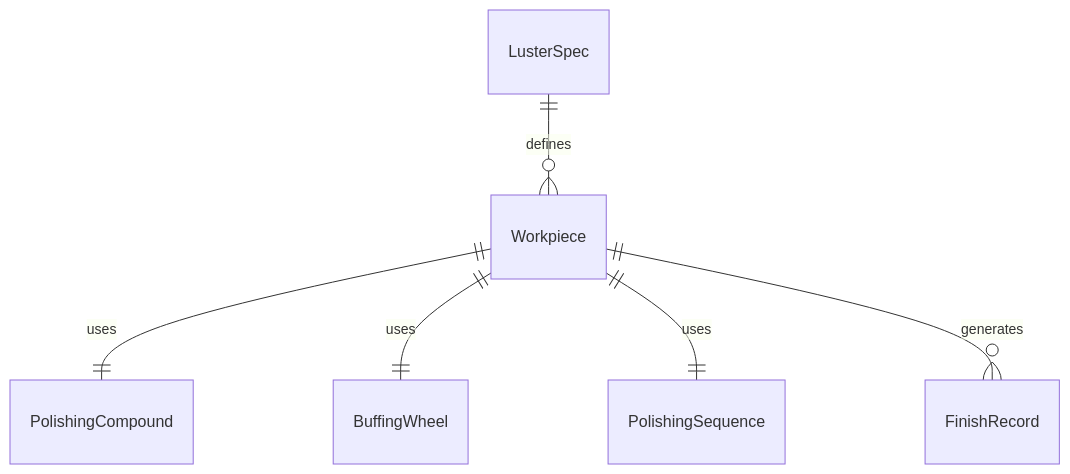
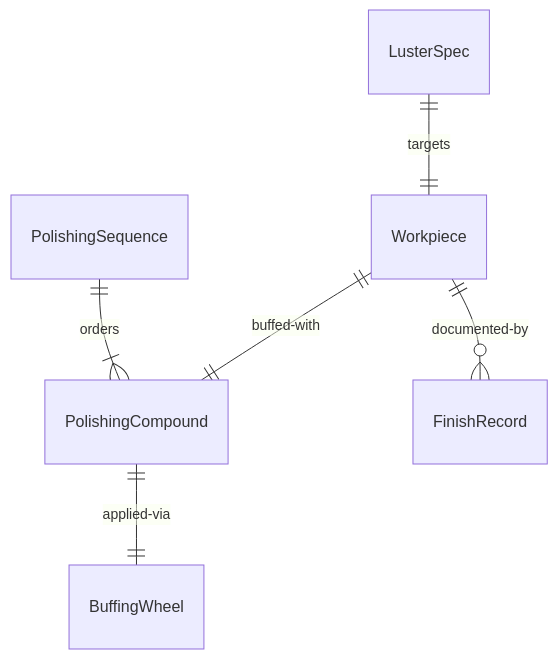
One commit to dot-org-ai/tasks.org.ai changed the first of 4 diagrams in HandlingAndMovingObjects/SmoothSurfacesOfObjectsOrEquipment/PolishMaterialsWorkpiecesFinishedProducts.mdx. Above: the diagram before and after it, drawn with Mermaid. The commit also changed other lines of this file and 515 other files, not shown here.

````diff
--- a/HandlingAndMovingObjects/SmoothSurfacesOfObjectsOrEquipment/PolishMaterialsWorkpiecesFinishedProducts.mdx
+++ b/HandlingAndMovingObjects/SmoothSurfacesOfObjectsOrEquipment/PolishMaterialsWorkpiecesFinishedProducts.mdx
@@ -85,8 +85,8 @@
 ```mermaid
 erDiagram
-    Workpiece ||--|| PolishingCompound : "uses"
-    Workpiece ||--|| BuffingWheel : "uses"
-    LusterSpec ||--o{ Workpiece : "defines"
-    Workpiece ||--|| PolishingSequence : "uses"
-    Workpiece ||--o{ FinishRecord : "generates"
+    Workpiece ||--|| PolishingCompound : "buffed-with"
+    PolishingCompound ||--|| BuffingWheel : "applied-via"
+    LusterSpec ||--|| Workpiece : "targets"
+    PolishingSequence ||--|{ PolishingCompound : "orders"
+    Workpiece ||--o{ FinishRecord : "documented-by"
 ```
````
